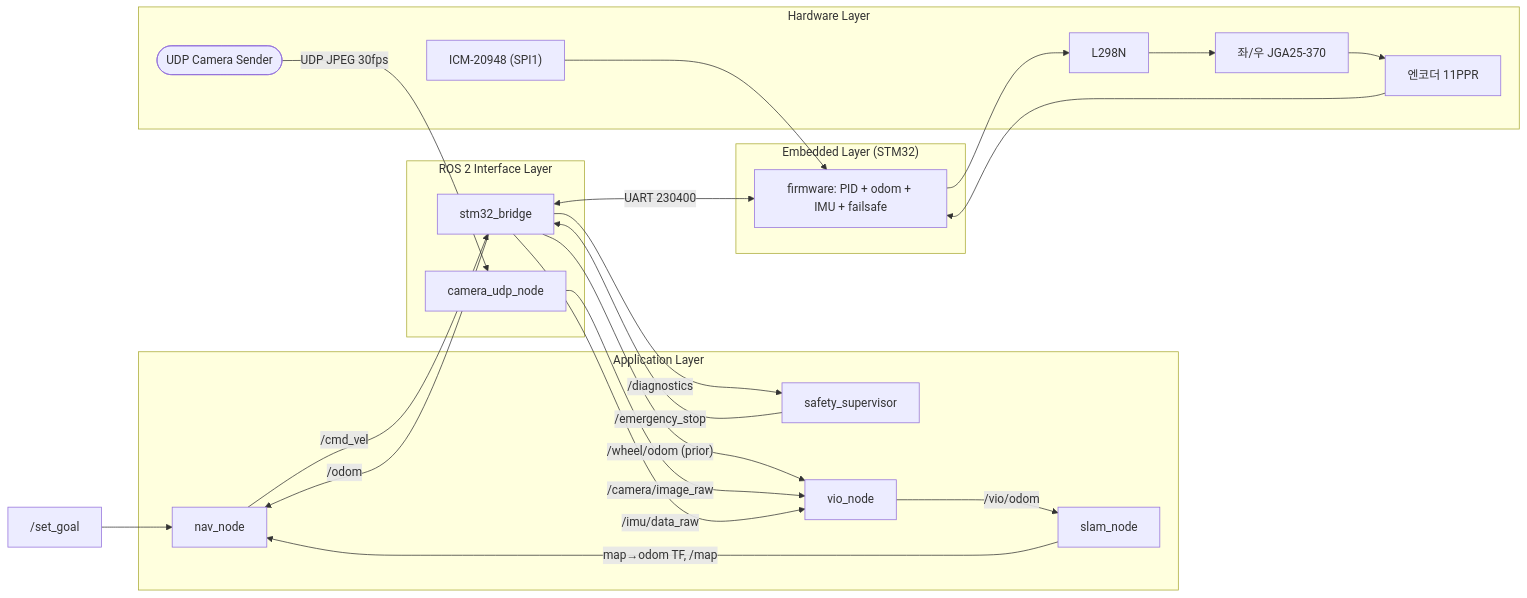
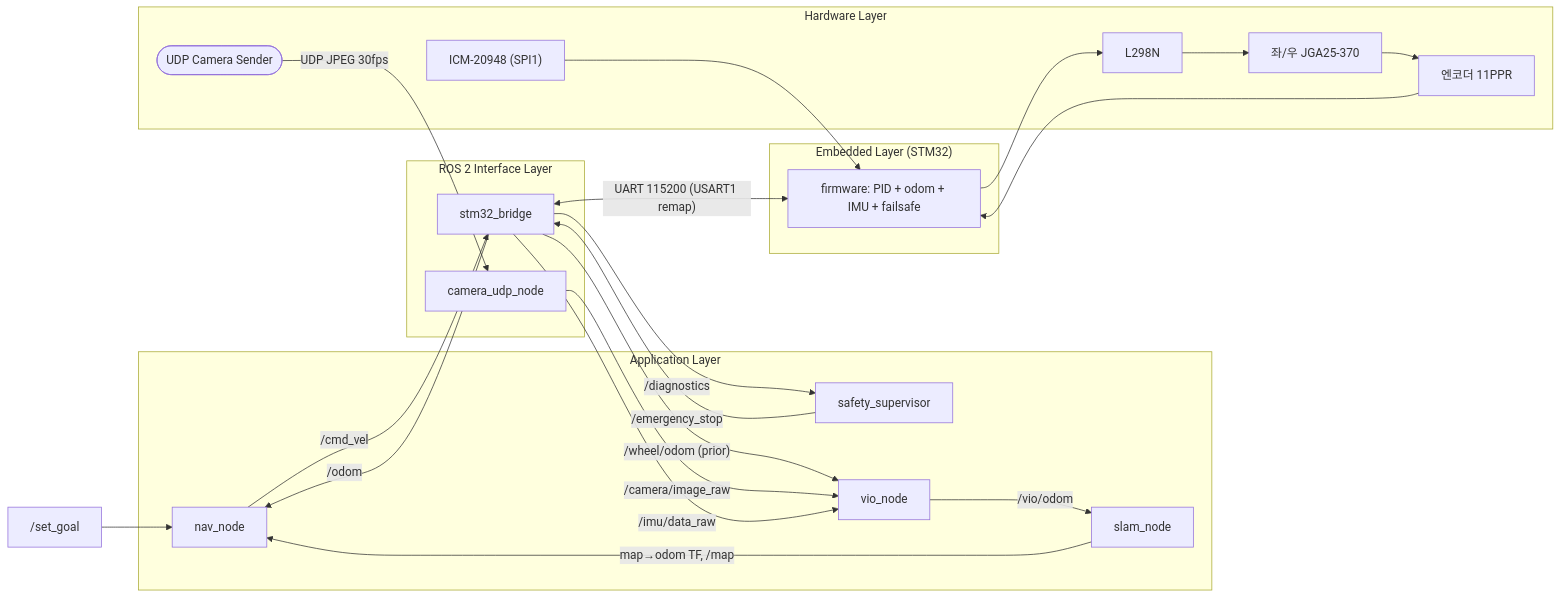
One commit to 10-min/mono_imu_autonomous_robot changed the diagram in docs/SYSTEM_DESIGN.md. Above: the diagram before and after it, drawn with Mermaid. The commit also changed other lines of this file and 6 other files, not shown here.

````diff
--- a/docs/SYSTEM_DESIGN.md
+++ b/docs/SYSTEM_DESIGN.md
@@ -48,43 +48,43 @@
 ```mermaid
 flowchart LR
     GOAL["/set_goal"] --> NAV
     NAV["nav_node"] -->|"/cmd_vel"| BR
     SAFE["safety_supervisor"] -->|"/emergency_stop"| BR
     BR -->|"/diagnostics"| SAFE
     BR -->|"/wheel/odom (prior)"| VIO
     BR -->|"/odom"| NAV
     CAMUDP["camera_udp_node"] -->|"/camera/image_raw"| VIO
     BR -->|"/imu/data_raw"| VIO
     VIO -->|"/vio/odom"| SLAM
     SLAM -->|"map→odom TF, /map"| NAV
 
     subgraph APP["Application Layer"]
         NAV
         VIO["vio_node"]
         SLAM["slam_node"]
         SAFE
     end
 
     subgraph ROSIF["ROS 2 Interface Layer"]
         BR["stm32_bridge"]
         CAMUDP
     end
 
     subgraph EMB["Embedded Layer (STM32)"]
         FW["firmware: PID + odom + IMU + failsafe"]
     end
 
     subgraph HW["Hardware Layer"]
         CAMS(["UDP Camera Sender"])
         IMUHW["ICM-20948 (SPI1)"]
         ENC["엔코더 11PPR"]
         DRV["L298N"]
         MOT["좌/우 JGA25-370"]
     end
 
-    BR <-->|"UART 230400"| FW
+    BR <-->|"UART 115200 (USART1 remap)"| FW
     CAMS -->|"UDP JPEG 30fps"| CAMUDP
     IMUHW --> FW
     ENC --> FW
     FW --> DRV --> MOT --> ENC
 ```
````
